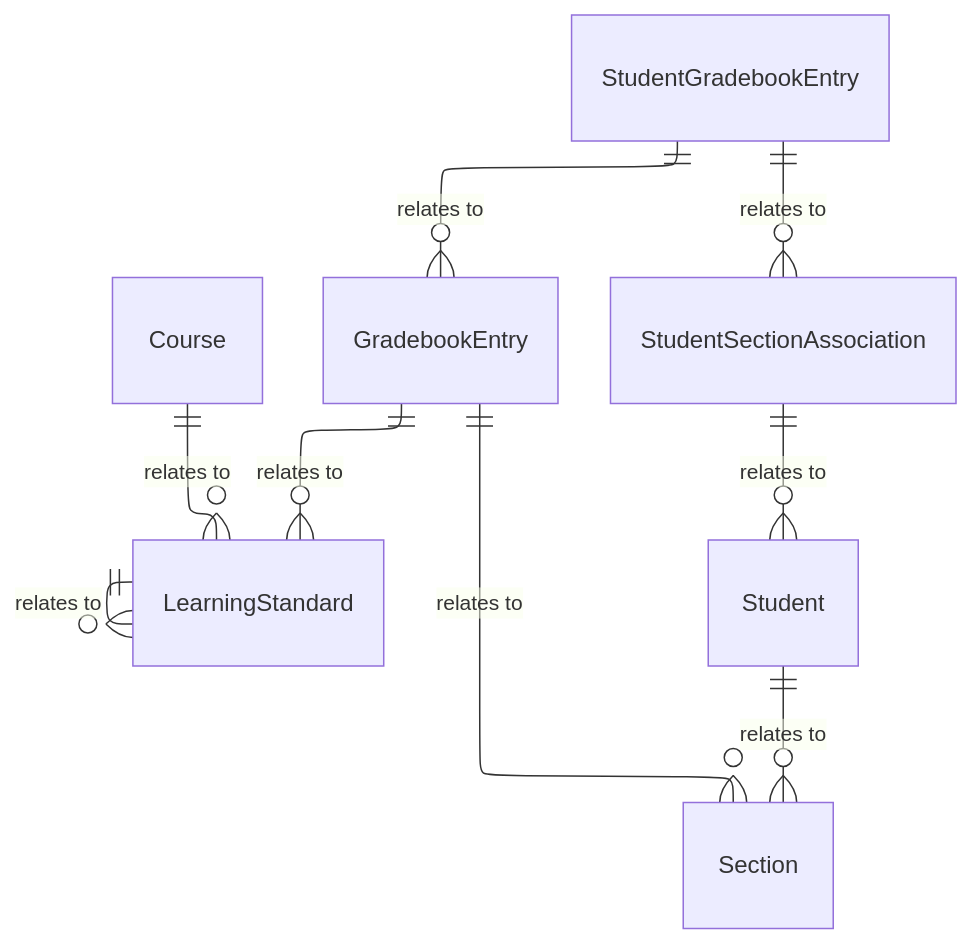
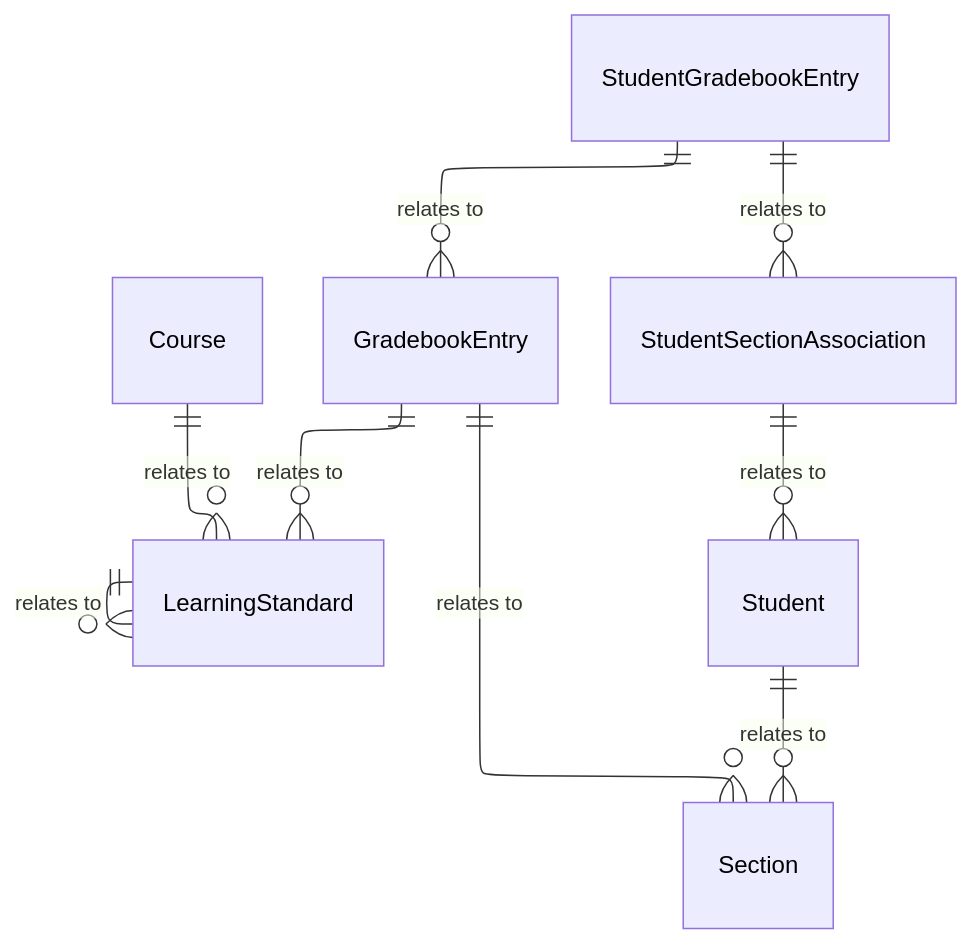
One commit to Ed-Fi-Alliance-OSS/ed-fi-alliance-oss.github.io changed the fourth of 4 diagrams in dataStandard_versioned_docs/version-6/model-reference/student-academic-record-domain/model-diagrams.md. Above: the diagram before and after it, drawn with Mermaid. The commit also changed other lines of this file and 24 other files, not shown here.

````diff
--- a/dataStandard_versioned_docs/version-6/model-reference/student-academic-record-domain/model-diagrams.md
+++ b/dataStandard_versioned_docs/version-6/model-reference/student-academic-record-domain/model-diagrams.md
@@ -218,31 +249,36 @@
 ```mermaid
 ---
-
 config:
   layout: elk
 ---
-
 erDiagram
     Course {
     }
     LearningStandard {
     }
     GradebookEntry {
     }
     StudentGradebookEntry {
     }
     StudentSectionAssociation {
     }
     Section {
     }
     Student {
     }
     Course ||--o{ LearningStandard : "relates to"
     LearningStandard ||--o{ LearningStandard : "relates to"
     GradebookEntry ||--o{ LearningStandard : "relates to"
     GradebookEntry ||--o{ Section : "relates to"
     StudentGradebookEntry ||--o{ GradebookEntry : "relates to"
     StudentGradebookEntry ||--o{ StudentSectionAssociation : "relates to"
     StudentSectionAssociation ||--o{ Student : "relates to"
     Student ||--o{ Section : "relates to"
+    style Course color:#000000
+    style LearningStandard color:#000000
+    style GradebookEntry color:#000000
+    style StudentGradebookEntry color:#000000
+    style StudentSectionAssociation color:#000000
+    style Section color:#000000
+    style Student color:#000000
 ```
````
